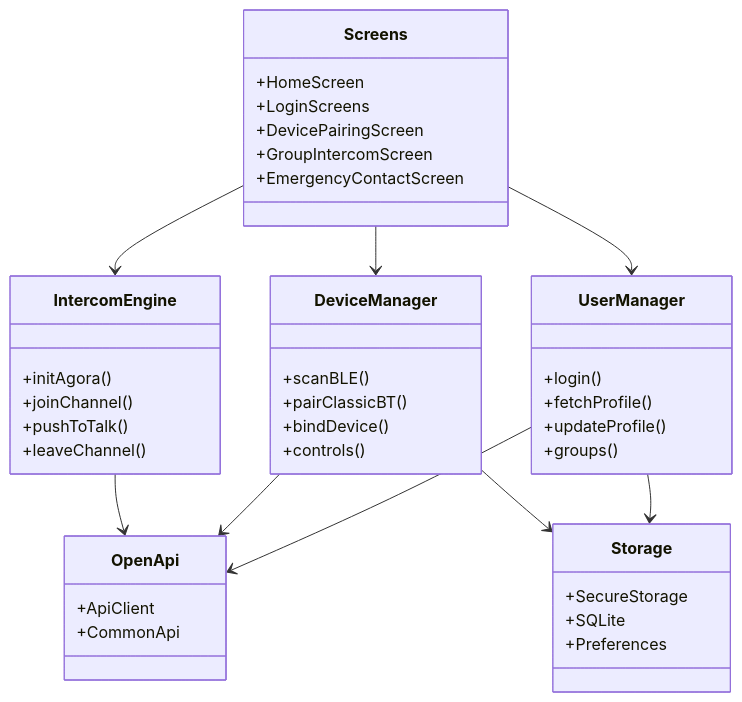
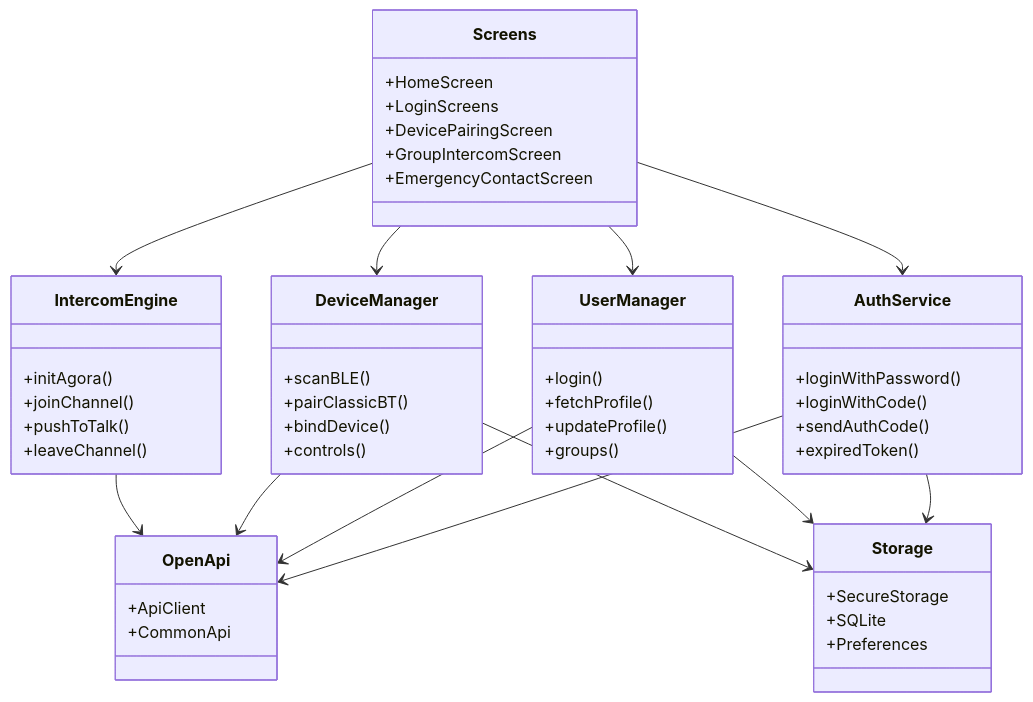
The first of 2 diagrams in specs/mobile-test-agent/plan.md (shenjee/r2cyclingapp), drawn with Mermaid before and after one commit. The commit also changed other lines of this file and 3 other files, not shown here.

First line of the commit message:
refactor(auth): centralize authentication logic in AuthService

````diff
--- a/specs/mobile-test-agent/plan.md
+++ b/specs/mobile-test-agent/plan.md
@@ -25,46 +26,55 @@
 ```mermaid
 classDiagram
   class Screens {
     +HomeScreen
     +LoginScreens
     +DevicePairingScreen
     +GroupIntercomScreen
     +EmergencyContactScreen
+  }
+  class AuthService {
+    +loginWithPassword()
+    +loginWithCode()
+    +sendAuthCode()
+    +expiredToken()
   }
   class UserManager {
     +login()
     +fetchProfile()
     +updateProfile()
     +groups()
   }
   class DeviceManager {
     +scanBLE()
     +pairClassicBT()
     +bindDevice()
     +controls()
   }
   class IntercomEngine {
     +initAgora()
     +joinChannel()
     +pushToTalk()
     +leaveChannel()
   }
   class OpenApi {
     +ApiClient
     +CommonApi
   }
   class Storage {
     +SecureStorage
     +SQLite
     +Preferences
   }
 
+  Screens --> AuthService
   Screens --> UserManager
   Screens --> DeviceManager
   Screens --> IntercomEngine
+  AuthService --> OpenApi
   UserManager --> OpenApi
   DeviceManager --> OpenApi
   IntercomEngine --> OpenApi
+  AuthService --> Storage
   UserManager --> Storage
   DeviceManager --> Storage
 ```
````
